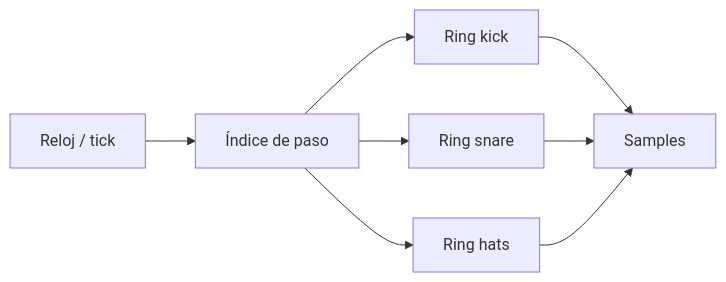
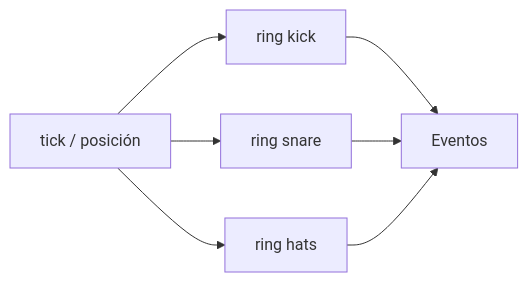
The diagram in hammerspoon/episodes/04-secuenciador/README.md (umarquez/glitxtober-automation-scripts), drawn with Mermaid before and after one commit. The commit also changed other lines of this file and 34 other files, not shown here.

````diff
--- a/hammerspoon/episodes/04-secuenciador/README.md
+++ b/hammerspoon/episodes/04-secuenciador/README.md
@@ -13,10 +9,9 @@
 ```mermaid
 flowchart LR
-  C[Reloj / tick] --> I[Índice de paso]
-  I --> K[Ring kick]
-  I --> S[Ring snare]
-  I --> H[Ring hats]
-  K --> A[Samples]
-  S --> A
-  H --> A
+  T[tick / posición] --> K[ring kick]
+  T --> S[ring snare]
+  T --> H[ring hats]
+  K --> E[Eventos]
+  S --> E
+  H --> E
 ```
````
